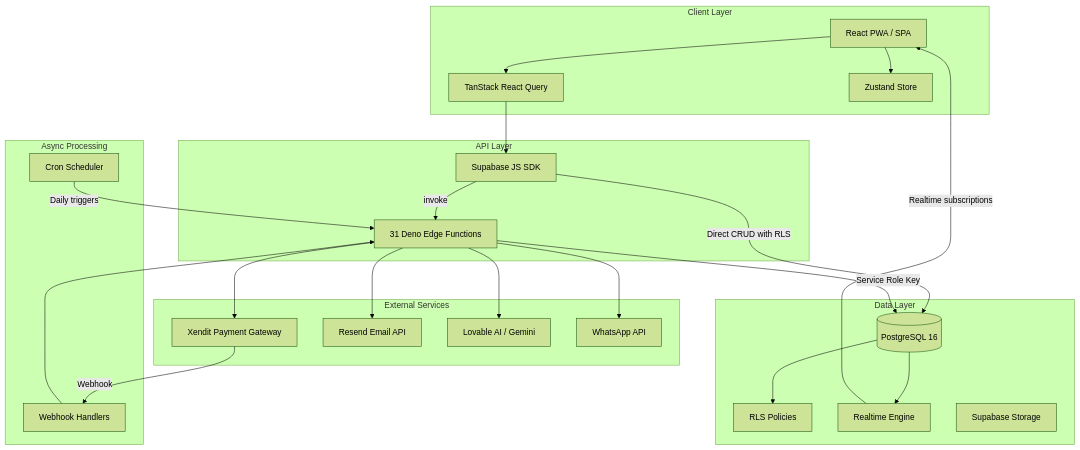
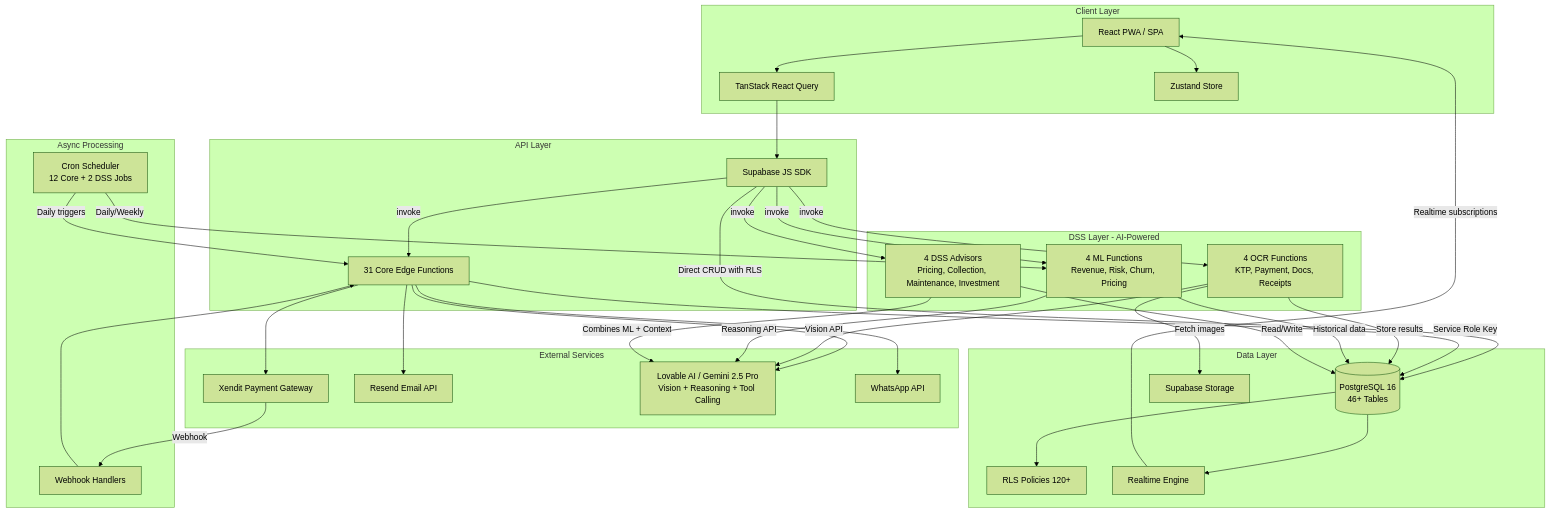
Before and after one commit to itsramaa/Sistem-Hunian: the first of 24 diagrams in docs/backend-architecture.md, drawn with Mermaid (forest theme). The commit also changed other lines of this file and 1 other file, not shown here.

````diff
--- a/docs/backend-architecture.md
+++ b/docs/backend-architecture.md
@@ -86,49 +94,66 @@
 ```mermaid
 graph TD
     subgraph "Client Layer"
         PWA[React PWA / SPA]
         RQ[TanStack React Query]
         ZS[Zustand Store]
     end
 
     subgraph "API Layer"
         SDK[Supabase JS SDK]
-        EF[31 Deno Edge Functions]
+        EF[31 Core Edge Functions]
+    end
+
+    subgraph "DSS Layer - AI-Powered"
+        OCR[4 OCR Functions<br/>KTP, Payment, Docs, Receipts]
+        ML[4 ML Functions<br/>Revenue, Risk, Churn, Pricing]
+        DSS[4 DSS Advisors<br/>Pricing, Collection, Maintenance, Investment]
     end
 
     subgraph "Data Layer"
-        PG[(PostgreSQL 16)]
-        RLS[RLS Policies]
+        PG[(PostgreSQL 16<br/>46+ Tables)]
+        RLS[RLS Policies 120+]
         RT[Realtime Engine]
         ST[Supabase Storage]
     end
 
     subgraph "External Services"
         XEN[Xendit Payment Gateway]
         RSN[Resend Email API]
-        LAI[Lovable AI / Gemini]
+        LAI[Lovable AI / Gemini 2.5 Pro<br/>Vision + Reasoning + Tool Calling]
         WA[WhatsApp API]
     end
 
     subgraph "Async Processing"
-        CRON[Cron Scheduler]
+        CRON[Cron Scheduler<br/>12 Core + 2 DSS Jobs]
         WH[Webhook Handlers]
     end
 
     PWA --> RQ
     PWA --> ZS
     RQ --> SDK
     SDK -->|Direct CRUD with RLS| PG
     SDK -->|invoke| EF
+    SDK -->|invoke| OCR
+    SDK -->|invoke| ML
+    SDK -->|invoke| DSS
     EF -->|Service Role Key| PG
     EF --> XEN
     EF --> RSN
     EF --> LAI
     EF --> WA
+    OCR -->|Vision API| LAI
+    OCR -->|Store results| PG
+    OCR -->|Fetch images| ST
+    ML -->|Reasoning API| LAI
+    ML -->|Historical data| PG
+    DSS -->|Combines ML + Context| LAI
+    DSS -->|Read/Write| PG
     PG --> RLS
     PG --> RT
     RT -->|Realtime subscriptions| PWA
     XEN -->|Webhook| WH
     WH --> EF
     CRON -->|Daily triggers| EF
+    CRON -->|Daily/Weekly| ML
 ```
````
